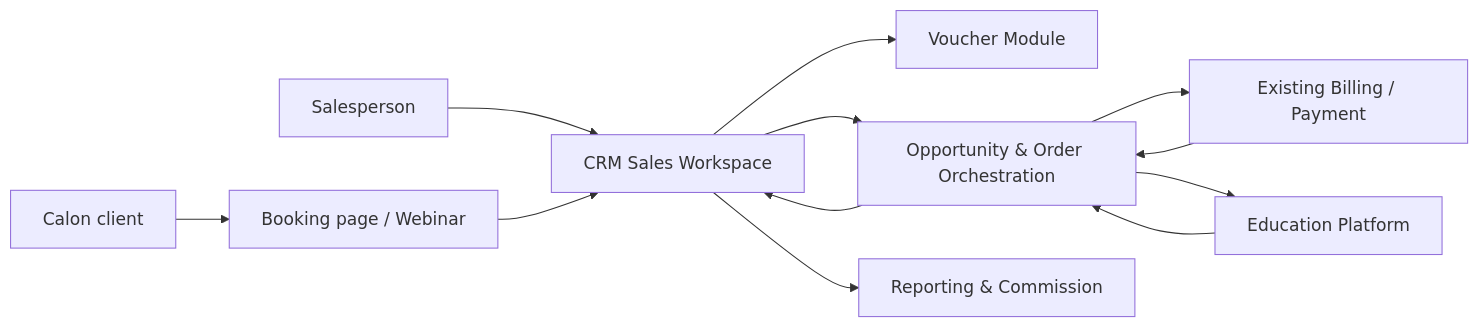
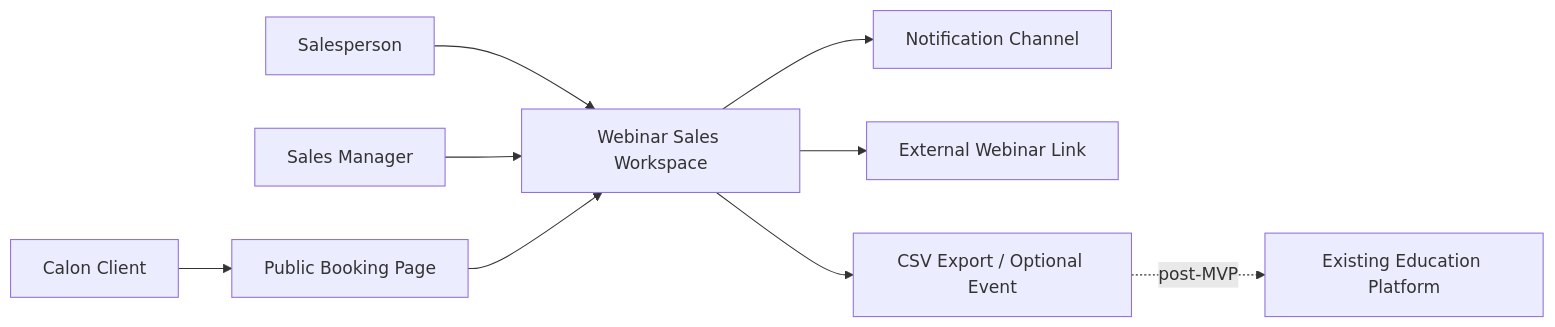
Before and after one commit to izestylusx/crm-sales-webinar-voucher: the diagram in diagrams/system-context.mmd, drawn with Mermaid. The commit also changed 50 other files, not shown here.

Commit message:
Rebaseline MVP around webinar management

```diff
--- a/diagrams/system-context.mmd
+++ b/diagrams/system-context.mmd
@@ -1,12 +1,9 @@
 flowchart LR
-    S[Salesperson] --> CRM[CRM Sales Workspace]
-    C[Calon client] --> WEB[Booking page / Webinar]
-    WEB --> CRM
-    CRM --> V[Voucher Module]
-    CRM --> O[Opportunity & Order Orchestration]
-    O --> P[Existing Billing / Payment]
-    O --> PLAT[Education Platform]
-    P --> O
-    PLAT --> O
-    O --> CRM
-    CRM --> R[Reporting & Commission]
+    SP[Salesperson] --> CRM[Webinar Sales Workspace]
+    MGR[Sales Manager] --> CRM
+    C[Calon Client] --> BOOK[Public Booking Page]
+    BOOK --> CRM
+    CRM --> N[Notification Channel]
+    CRM --> W[External Webinar Link]
+    CRM --> E[CSV Export / Optional Event]
+    E -. post-MVP .-> P[Existing Education Platform]
```
